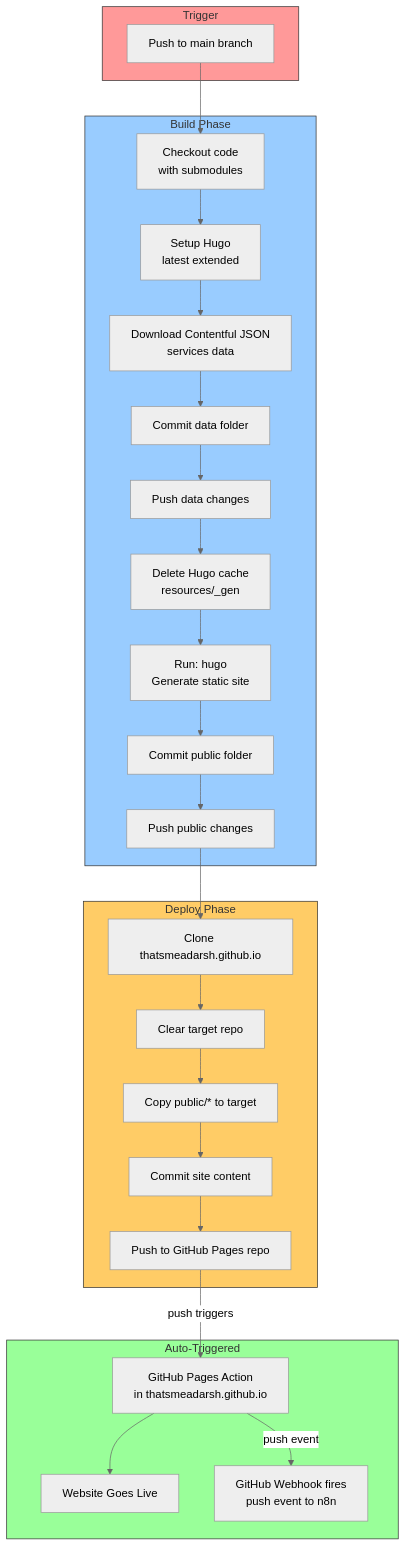
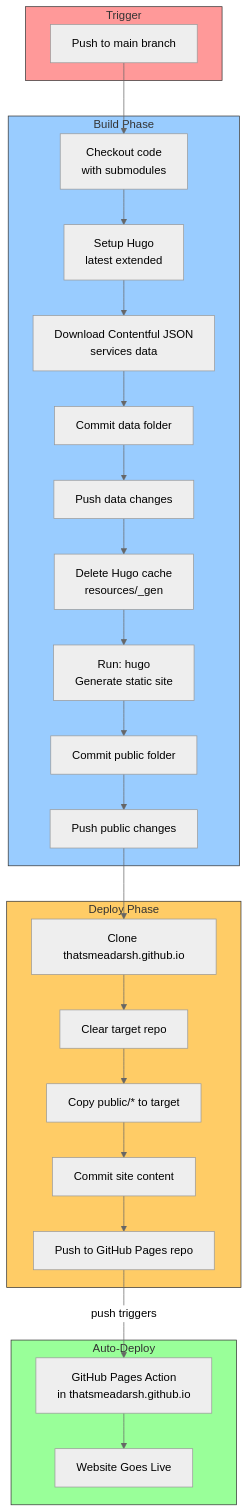
The third of 7 diagrams in docs/architecture.md (thatsmeadarsh/n8n-powered-auto-web-publish), drawn with Mermaid (neutral theme) before and after one commit. The commit also changed other lines of this file and 4 other files, not shown here.

````diff
--- a/docs/architecture.md
+++ b/docs/architecture.md
@@ -160,43 +156,41 @@
 ```mermaid
 graph TD
     subgraph Trigger["Trigger"]
         T[Push to main branch]
     end
 
     subgraph Build["Build Phase"]
         CO[Checkout code<br/>with submodules]
         HS[Setup Hugo<br/>latest extended]
         DL[Download Contentful JSON<br/>services data]
         CD[Commit data folder]
         PD[Push data changes]
         RC[Delete Hugo cache<br/>resources/_gen]
         HB[Run: hugo<br/>Generate static site]
         CP[Commit public folder]
         PP[Push public changes]
     end
 
     subgraph Deploy["Deploy Phase"]
         CL[Clone thatsmeadarsh.github.io]
         RM[Clear target repo]
         CY[Copy public/* to target]
         CM[Commit site content]
         PS[Push to GitHub Pages repo]
     end
 
-    subgraph Live["Auto-Triggered"]
+    subgraph Live["Auto-Deploy"]
         PA[GitHub Pages Action<br/>in thatsmeadarsh.github.io]
         WB[Website Goes Live]
-        WH[GitHub Webhook fires<br/>push event to n8n]
     end
 
     T --> CO --> HS --> DL --> CD --> PD
     PD --> RC --> HB --> CP --> PP
     PP --> CL --> RM --> CY --> CM --> PS
     PS -->|push triggers| PA --> WB
-    PA -->|push event| WH
 
     style Trigger fill:#ff9999,stroke:#333
     style Build fill:#99ccff,stroke:#333
     style Deploy fill:#ffcc66,stroke:#333
     style Live fill:#99ff99,stroke:#333
 ```
````
